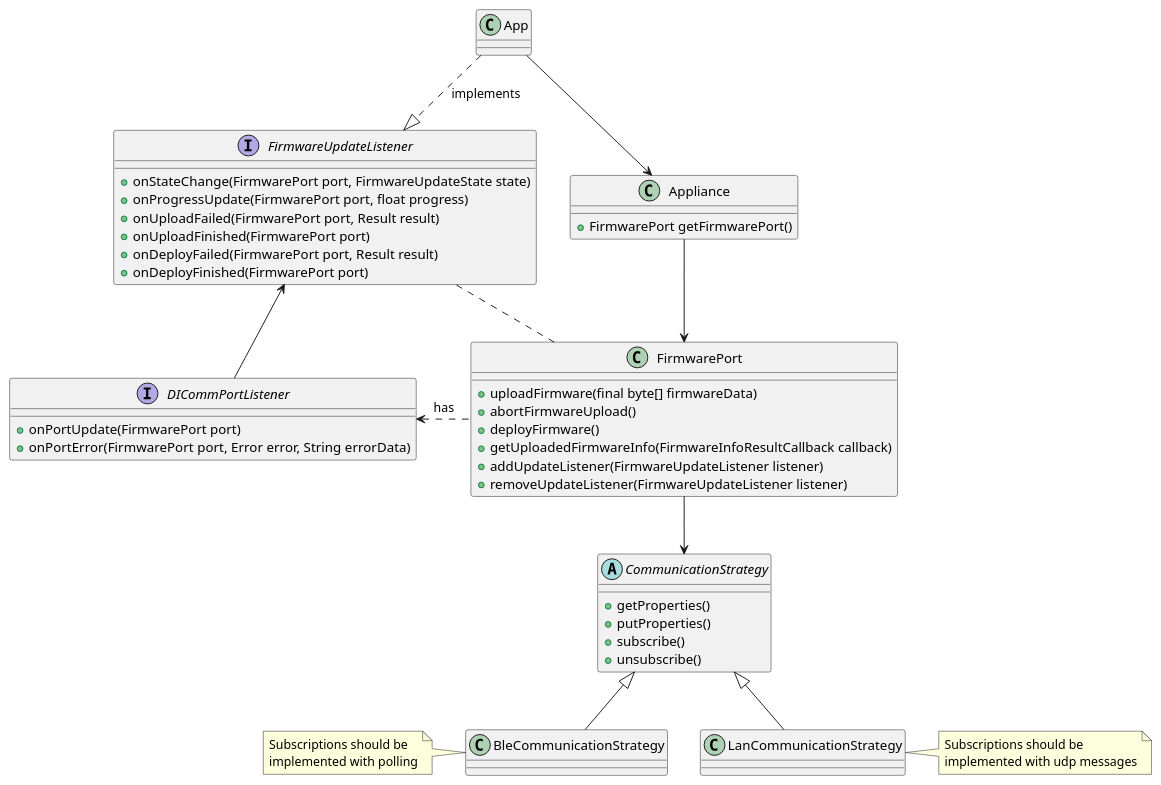
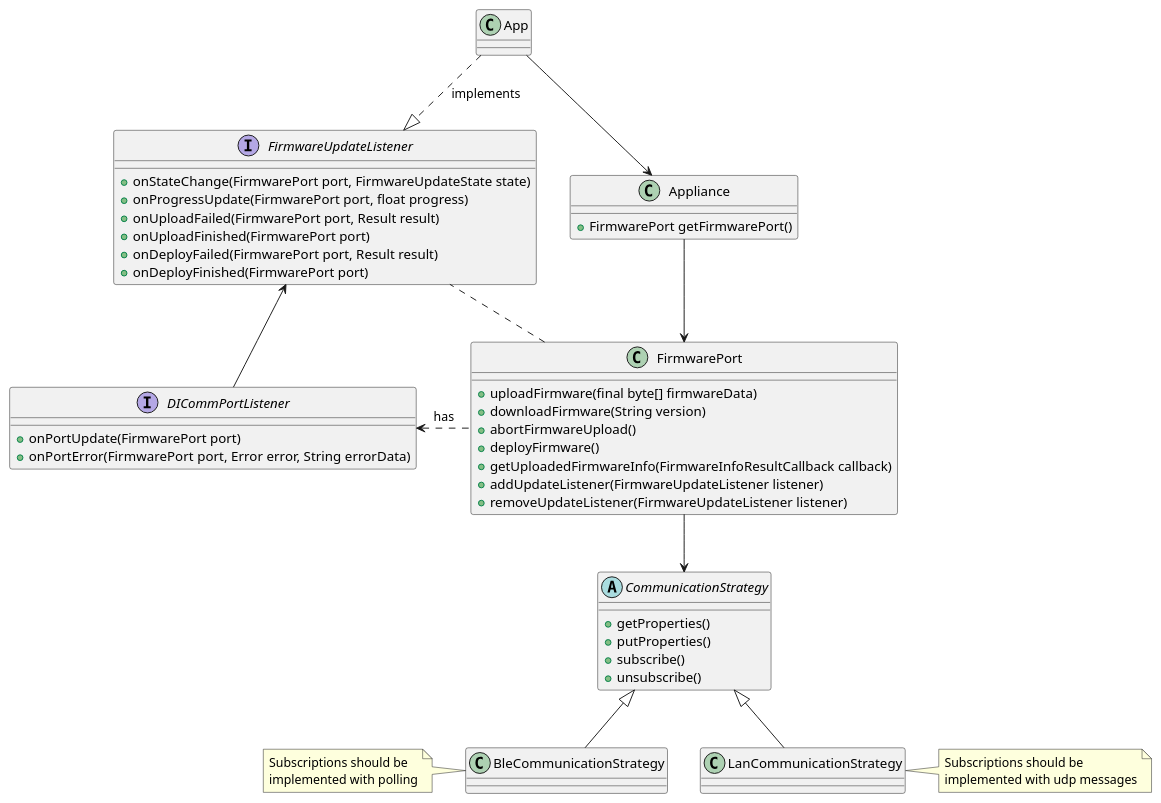
The diagram in Documents/Internal/FirewareUpgrade.puml (rahul2008/mobile-plf-android), drawn with PlantUML before and after one commit.

Commit message:
CON-101 FirmwarePort.downloadFirmware(…) function added to diagram

```diff
--- a/Documents/Internal/FirewareUpgrade.puml
+++ b/Documents/Internal/FirewareUpgrade.puml
@@ -1,60 +1,61 @@
 @startuml
 
 class App {
 }
 
 class Appliance {
     + FirmwarePort getFirmwarePort()
 }
 
 class FirmwarePort {
     + uploadFirmware(final byte[] firmwareData)
+    + downloadFirmware(String version)
     + abortFirmwareUpload()
     + deployFirmware()
     + getUploadedFirmwareInfo(FirmwareInfoResultCallback callback)
     + addUpdateListener(FirmwareUpdateListener listener)
     + removeUpdateListener(FirmwareUpdateListener listener)
 }
 
 interface FirmwareUpdateListener {
     + onStateChange(FirmwarePort port, FirmwareUpdateState state)
     + onProgressUpdate(FirmwarePort port, float progress)
     + onUploadFailed(FirmwarePort port, Result result)
     + onUploadFinished(FirmwarePort port)
     + onDeployFailed(FirmwarePort port, Result result)
     + onDeployFinished(FirmwarePort port)
 }
 
 interface DICommPortListener {
     + onPortUpdate(FirmwarePort port)
     + onPortError(FirmwarePort port, Error error, String errorData)
 }
 
 abstract class CommunicationStrategy {
     + getProperties()
     + putProperties()
     + subscribe()
     + unsubscribe()
 }
 
 
 class BleCommunicationStrategy {
 }
 note left : Subscriptions should be\nimplemented with polling
 
 class LanCommunicationStrategy {
 }
 note right : Subscriptions should be\nimplemented with udp messages
 
 
 App -down-> Appliance
 App ..|> FirmwareUpdateListener : implements
 Appliance -down-> FirmwarePort
 FirmwarePort .. FirmwareUpdateListener
 FirmwarePort .left.> DICommPortListener: has
 DICommPortListener -up-> FirmwareUpdateListener
 CommunicationStrategy <|-- LanCommunicationStrategy
 CommunicationStrategy <|-- BleCommunicationStrategy
 FirmwarePort --> CommunicationStrategy
 
 @enduml
```
